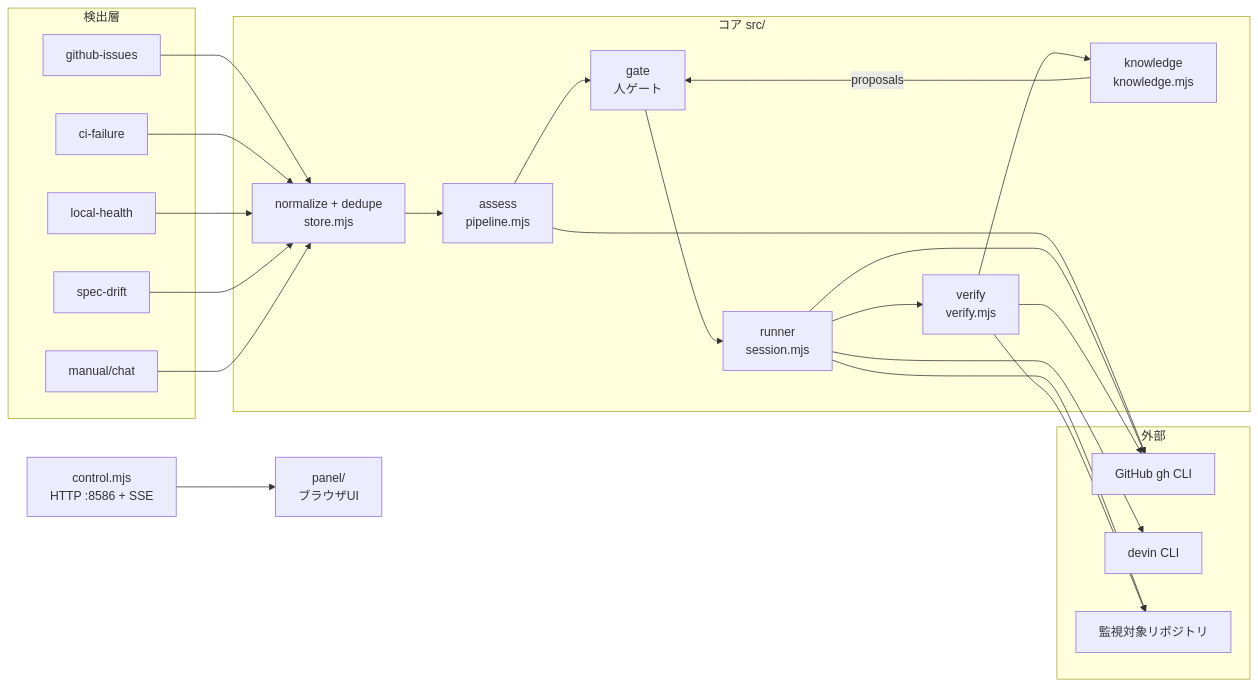
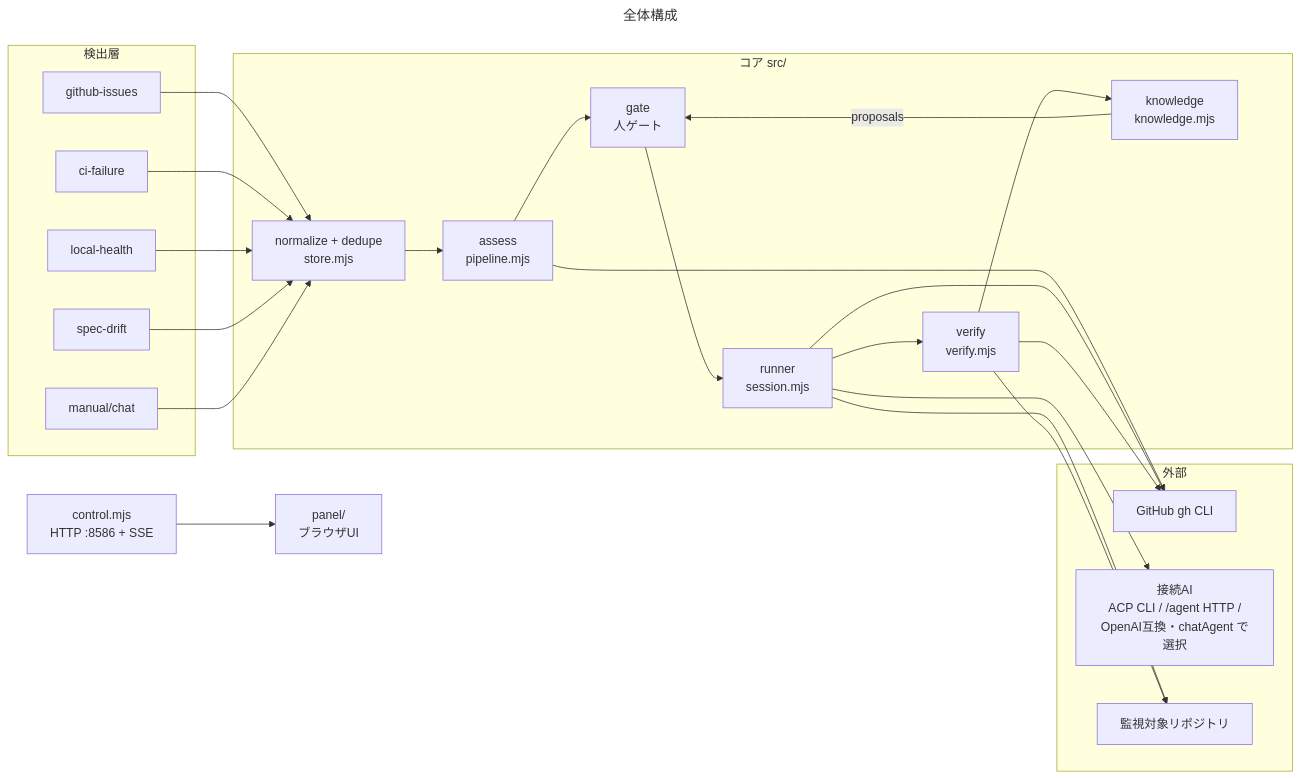
The second of 10 diagrams in README.md (yamamoto-ryuzo/kasugai_agent), drawn with Mermaid before and after one commit. The commit also changed other lines of this file and 58 other files, not shown here.

First line of the commit message:
パネル機能拡充（i18n・マニュアル配信・git操作・マルチリポジトリ）と src 責務分割、mermaid 図の正本を diagrams/*.mmd に集約

````diff
--- a/README.md
+++ b/README.md
@@ -75,32 +82,35 @@
 ```mermaid
+---
+title: 全体構成
+---
 flowchart LR
     subgraph Detect[検出層]
         D1[github-issues]
         D2[ci-failure]
         D3[local-health]
         D4[spec-drift]
         D5[manual/chat]
     end
 
     subgraph Core[コア src/]
         N[normalize + dedupe<br/>store.mjs]
         A[assess<br/>pipeline.mjs]
         G[gate<br/>人ゲート]
         R[runner<br/>session.mjs]
         V[verify<br/>verify.mjs]
         K[knowledge<br/>knowledge.mjs]
     end
 
     subgraph IO[外部]
         GH[GitHub gh CLI]
-        DV[devin CLI]
+        DV[接続AI<br/>ACP CLI / /agent HTTP /<br/>OpenAI互換・chatAgent で選択]
         RP[監視対象リポジトリ]
     end
 
     C[control.mjs<br/>HTTP :8586 + SSE] --> P[panel/<br/>ブラウザUI]
     D1 & D2 & D3 & D4 & D5 --> N --> A --> G --> R --> V --> K
     R --> DV
     A & R & V --> GH
     R & V --> RP
     K -->|proposals| G
 ```
````
